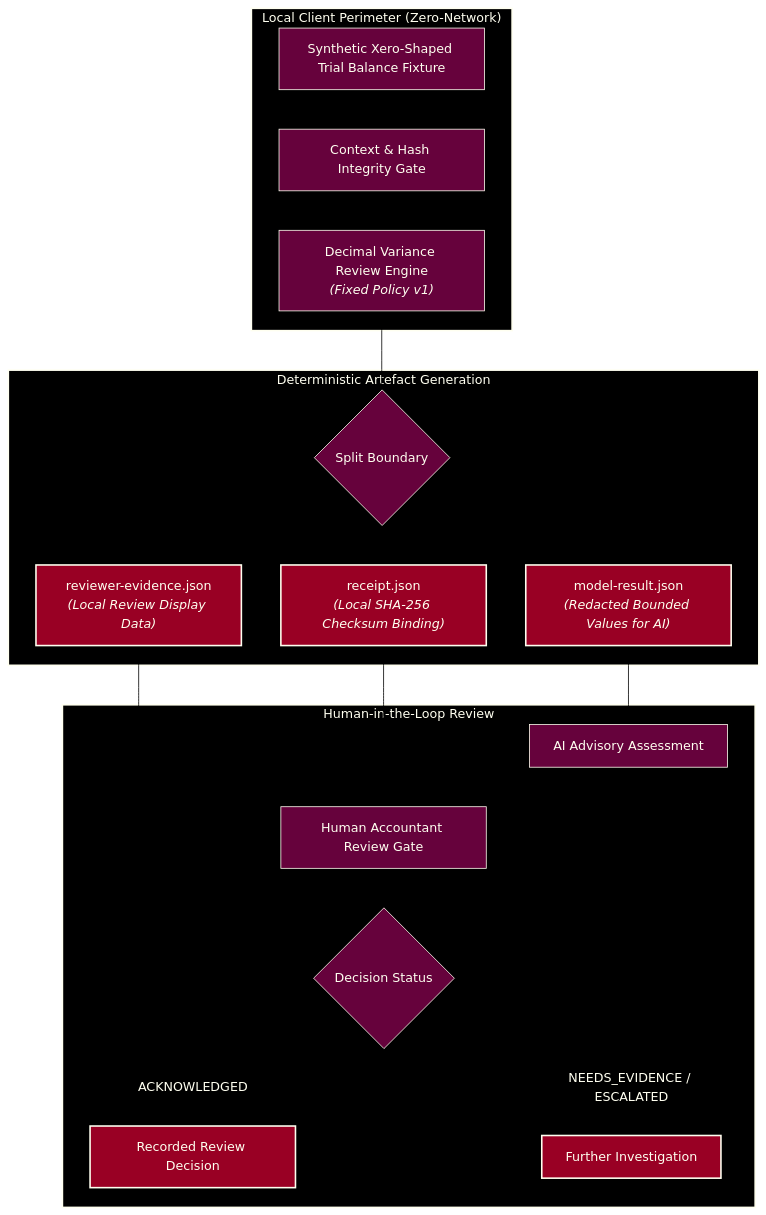
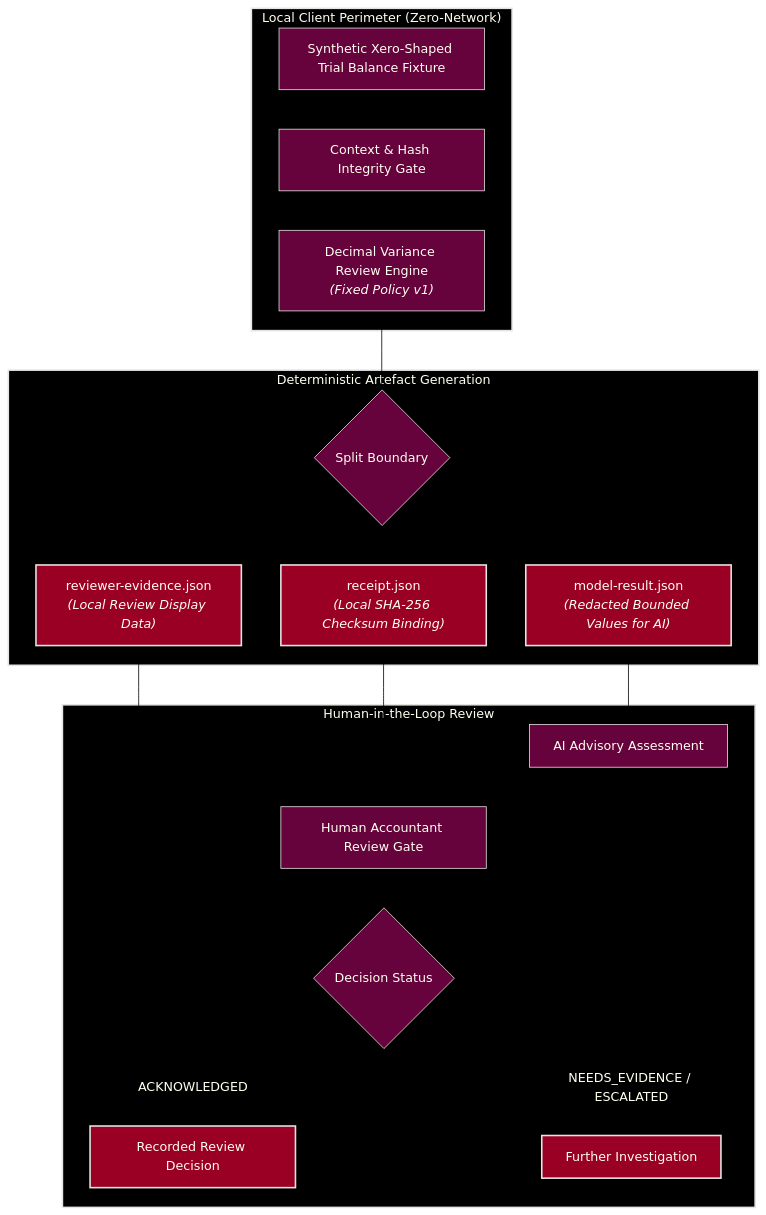
The diagram in packages/elizabeth-anne-alexander/README.md (ryanduguid/accounting-review-pipeline), drawn with Mermaid before and after one commit. The commit also changed 4 other files, not shown here.

First line of the commit message:
Draw Mermaid borders and lines in platinum

````diff
--- a/packages/elizabeth-anne-alexander/README.md
+++ b/packages/elizabeth-anne-alexander/README.md
@@ -50,32 +50,32 @@
 ```mermaid
 flowchart TD
-%%{init: {"theme": "base", "look": "classic", "themeVariables": {"background": "#000000", "primaryColor": "#66023C", "primaryTextColor": "#FFFFF0", "primaryBorderColor": "#FFFFF0", "lineColor": "#000000", "textColor": "#FFFFF0", "edgeLabelBackground": "#000000", "clusterBkg": "#000000", "clusterBorder": "#FFFFF0", "titleColor": "#FFFFF0"}, "themeCSS": ".flowchart-link, .relationshipLine, marker path { filter: drop-shadow(0px 1px 0px #FFFFF0) drop-shadow(0px -1px 0px #FFFFF0) drop-shadow(1px 0px 0px #FFFFF0) drop-shadow(-1px 0px 0px #FFFFF0); }"}}%%
+%%{init: {"theme": "base", "look": "classic", "themeVariables": {"background": "#000000", "primaryColor": "#66023C", "primaryTextColor": "#FFFFF0", "primaryBorderColor": "#E5E4E2", "lineColor": "#000000", "textColor": "#FFFFF0", "edgeLabelBackground": "#000000", "clusterBkg": "#000000", "clusterBorder": "#E5E4E2", "titleColor": "#FFFFF0"}, "themeCSS": ".flowchart-link, .relationshipLine, marker path { filter: drop-shadow(0px 1px 0px #E5E4E2) drop-shadow(0px -1px 0px #E5E4E2) drop-shadow(1px 0px 0px #E5E4E2) drop-shadow(-1px 0px 0px #E5E4E2); }"}}%%
     subgraph ClientPerimeter ["Local Client Perimeter (Zero-Network)"]
         Raw["Synthetic Xero-Shaped Trial Balance Fixture"] --> Validate["Context & Hash Integrity Gate"]
         Validate --> Engine["Decimal Variance Review Engine<br/><i>(Fixed Policy v1)</i>"]
     end
 
     subgraph ArtifactSplit ["Deterministic Artefact Generation"]
         Engine --> Split{"Split Boundary"}
         Split --> Model["model-result.json<br/><i>(Redacted Bounded Values for AI)</i>"]
         Split --> Evidence["reviewer-evidence.json<br/><i>(Local Review Display Data)</i>"]
         Split --> Receipt["receipt.json<br/><i>(Local SHA-256 Checksum Binding)</i>"]
     end
 
     subgraph Governance ["Human-in-the-Loop Review"]
         Model --> LLM["AI Advisory Assessment"]
         Evidence & Receipt & LLM --> Reviewer["Human Accountant Review Gate"]
         Reviewer --> Decision{"Decision Status"}
         Decision -->|ACKNOWLEDGED| Done["Recorded Review Decision"]
         Decision -->|NEEDS_EVIDENCE / ESCALATED| Action["Further Investigation"]
     end
 
-    style ClientPerimeter fill:#000000,stroke:#FFFFF0,stroke-width:2px,color:#FFFFF0
-    style ArtifactSplit fill:#000000,stroke:#FFFFF0,stroke-width:2px,color:#FFFFF0
-    style Governance fill:#000000,stroke:#FFFFF0,stroke-width:2px,color:#FFFFF0
-    style Model fill:#990024,stroke:#FFFFF0,stroke-width:2px,color:#FFFFF0
-    style Evidence fill:#990024,stroke:#FFFFF0,stroke-width:2px,color:#FFFFF0
-    style Receipt fill:#990024,stroke:#FFFFF0,stroke-width:2px,color:#FFFFF0
-    style Done fill:#990024,stroke:#FFFFF0,stroke-width:2px,color:#FFFFF0
-    style Action fill:#990024,stroke:#FFFFF0,stroke-width:2px,color:#FFFFF0
+    style ClientPerimeter fill:#000000,stroke:#E5E4E2,stroke-width:2px,color:#FFFFF0
+    style ArtifactSplit fill:#000000,stroke:#E5E4E2,stroke-width:2px,color:#FFFFF0
+    style Governance fill:#000000,stroke:#E5E4E2,stroke-width:2px,color:#FFFFF0
+    style Model fill:#990024,stroke:#E5E4E2,stroke-width:2px,color:#FFFFF0
+    style Evidence fill:#990024,stroke:#E5E4E2,stroke-width:2px,color:#FFFFF0
+    style Receipt fill:#990024,stroke:#E5E4E2,stroke-width:2px,color:#FFFFF0
+    style Done fill:#990024,stroke:#E5E4E2,stroke-width:2px,color:#FFFFF0
+    style Action fill:#990024,stroke:#E5E4E2,stroke-width:2px,color:#FFFFF0
 ```
````
